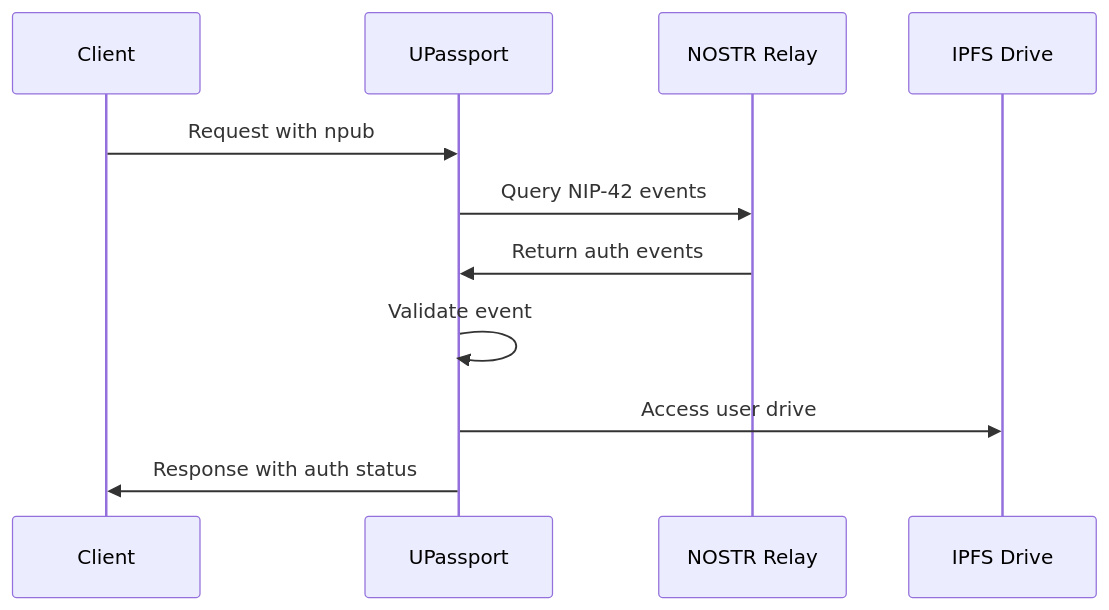
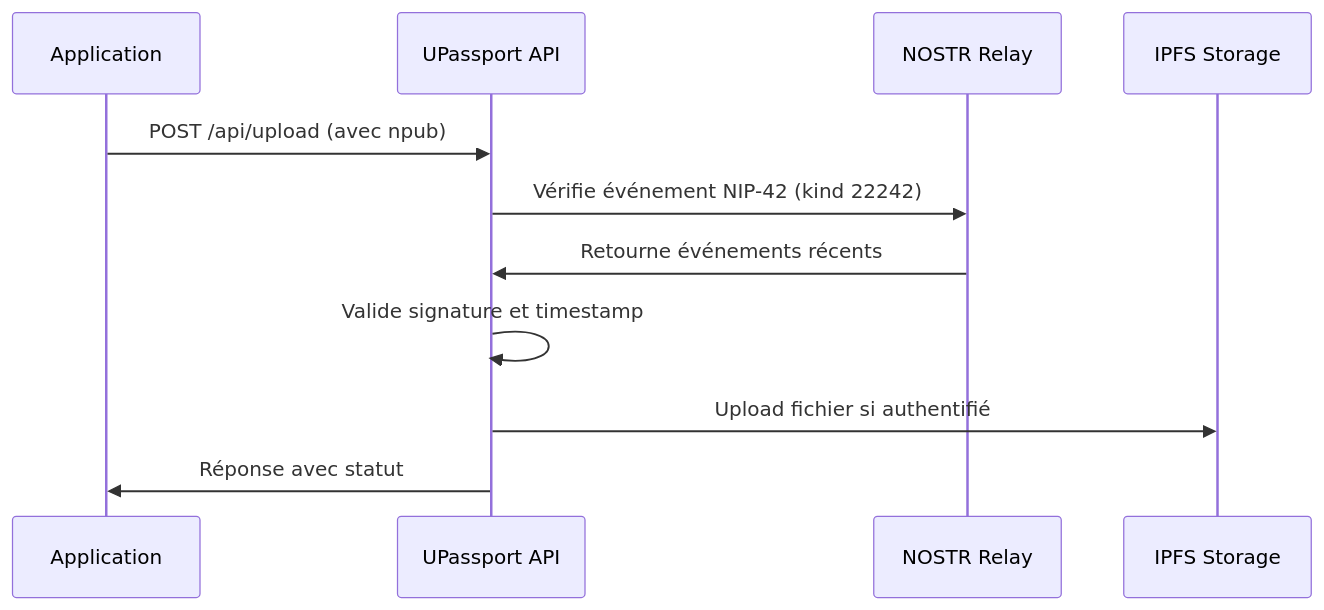
The first of 2 diagrams in UPASSPORT_API.md (papiche/Astroport.ONE), drawn with Mermaid before and after one commit. The commit also changed other lines of this file and 5 other files, not shown here.

Commit message:
UPassport API  integration with Astroport.ONE. handling NOSTR authentication, while improving overall structure

````diff
--- a/UPASSPORT_API.md
+++ b/UPASSPORT_API.md
@@ -326,14 +241,14 @@
 ```mermaid
 sequenceDiagram
-    participant C as Client
-    participant U as UPassport
-    participant R as NOSTR Relay
-    participant I as IPFS Drive
+    participant Client as Application
+    participant API as UPassport API
+    participant Relay as NOSTR Relay
+    participant IPFS as IPFS Storage
     
-    C->>U: Request with npub
-    U->>R: Query NIP-42 events
-    R->>U: Return auth events
-    U->>U: Validate event
-    U->>I: Access user drive
-    U->>C: Response with auth status
+    Client->>API: POST /api/upload (avec npub)
+    API->>Relay: Vérifie événement NIP-42 (kind 22242)
+    Relay->>API: Retourne événements récents
+    API->>API: Valide signature et timestamp
+    API->>IPFS: Upload fichier si authentifié
+    API->>Client: Réponse avec statut
 ```
````
